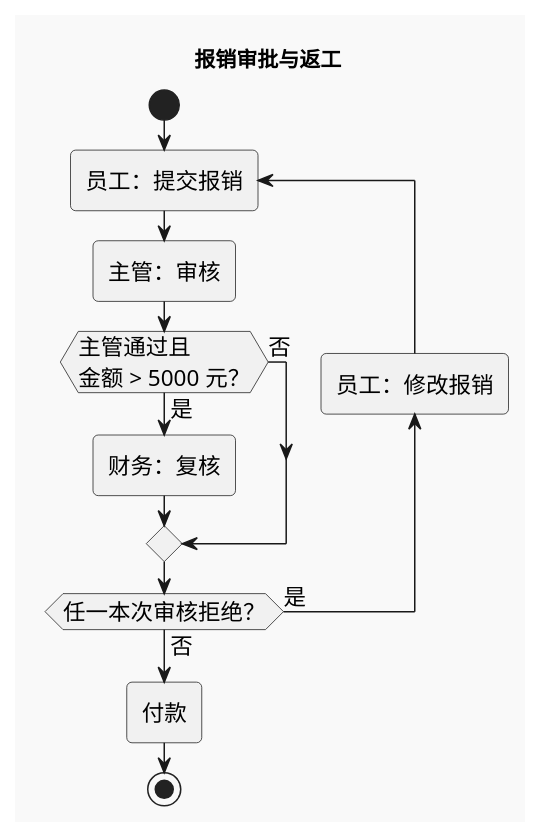
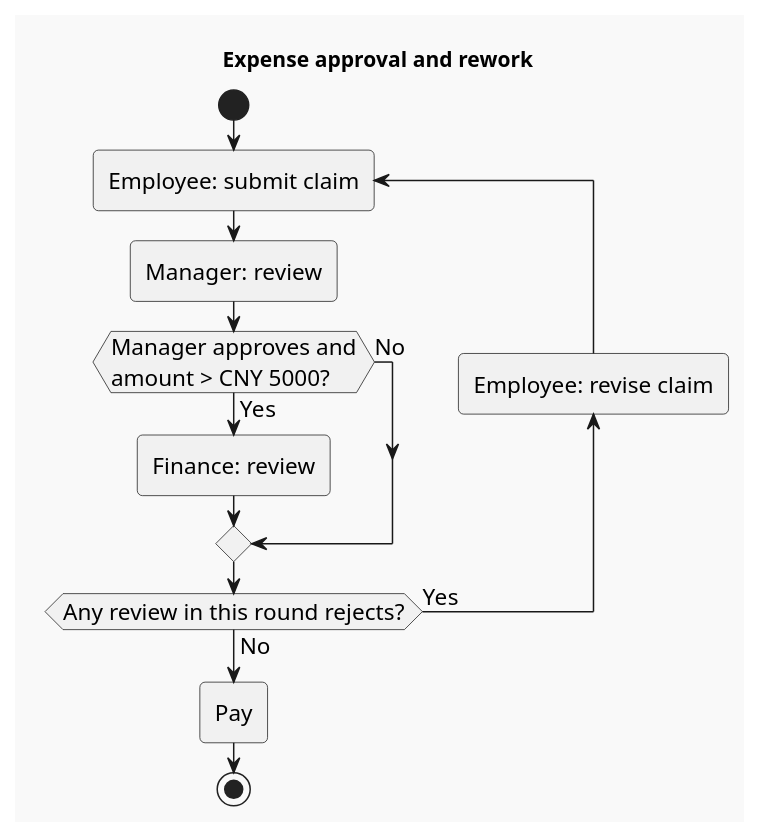
The third of 3 diagrams in skills/fuxian-diagram/references/plantuml/activity-swimlanes.md (def-peter/fuxian), drawn with PlantUML before and after one commit. The commit also changed other lines of this file and 43 other files, not shown here.

Commit message:
feat(skills): internationalize diagram guides and expand type selection

````diff
--- a/skills/fuxian-diagram/references/plantuml/activity-swimlanes.md
+++ b/skills/fuxian-diagram/references/plantuml/activity-swimlanes.md
@@ -73,18 +73,18 @@
 ```plantuml
 @startuml
 !theme mars
-title 报销审批与返工
+title Expense approval and rework
 skinparam defaultFontSize 15
 start
-repeat :员工：提交报销;
-  :主管：审核;
-  if (主管通过且\n金额 > 5000 元？) then (是)
-    :财务：复核;
-  else (否)
+repeat :Employee: submit claim;
+  :Manager: review;
+  if (Manager approves and\namount > CNY 5000?) then (Yes)
+    :Finance: review;
+  else (No)
   endif
-backward :员工：修改报销;
-repeat while (任一本次审核拒绝？) is (是) not (否)
-:付款;
+backward :Employee: revise claim;
+repeat while (Any review in this round rejects?) is (Yes) not (No)
+:Pay;
 stop
 @enduml
 ```
````
